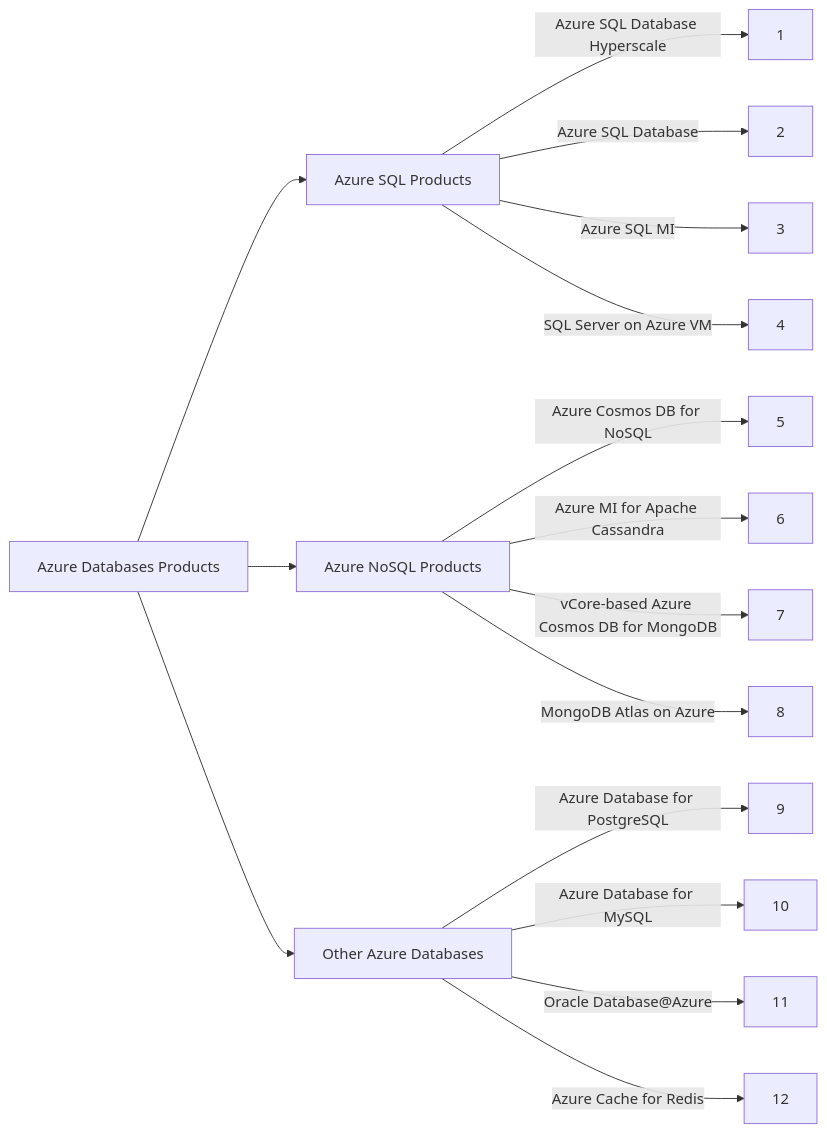
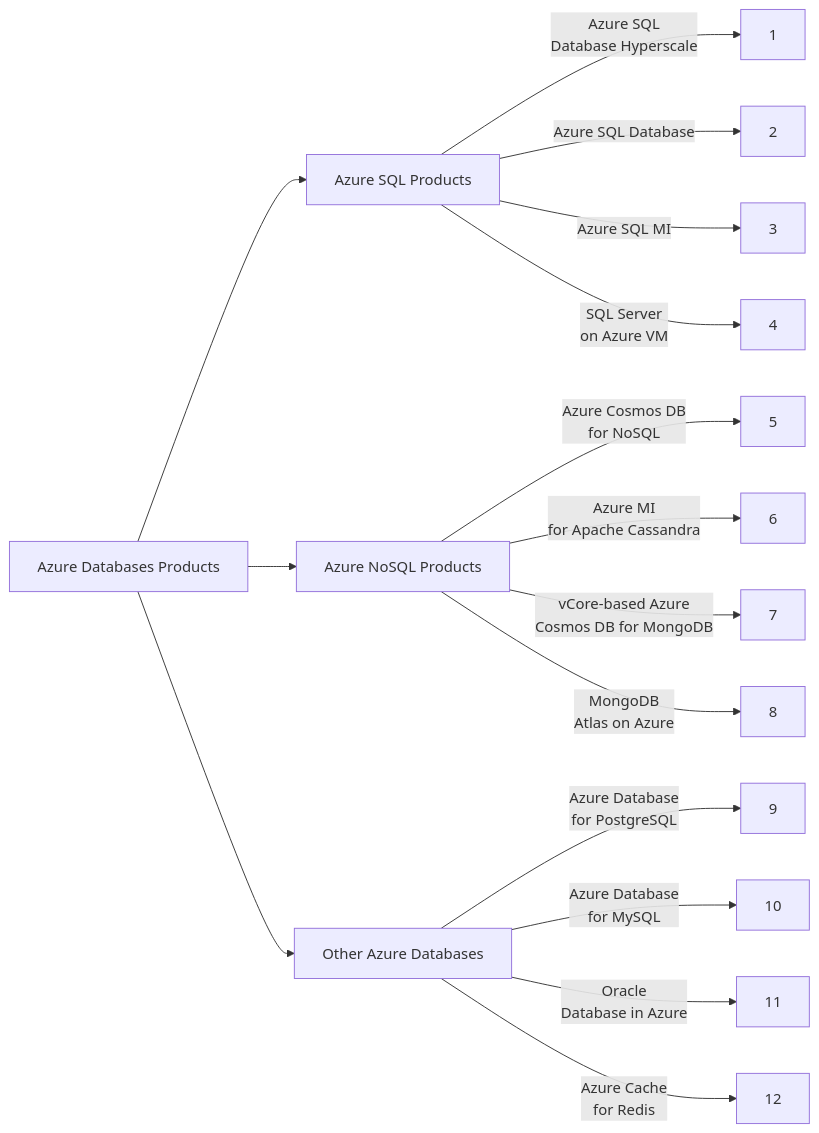
Before and after one commit to MicrosoftCloudEssentials-LearningHub/DemosScenarios-TechTalks: the diagram in 0_Azure/1_AzureData/1_Databases/README.md, drawn with Mermaid. The commit also changed other lines of this file, not shown here.

````diff
--- a/0_Azure/1_AzureData/1_Databases/README.md
+++ b/0_Azure/1_AzureData/1_Databases/README.md
@@ -30,22 +31,22 @@
 ```mermaid
 graph LR
     A[Azure Databases Products]
     B[Azure SQL Products]
     C[Azure NoSQL Products]
     D[Other Azure Databases]
     A --> B
     A --> C
     A --> D
-    B -->|Azure SQL Database Hyperscale​| 1
+    B -->|Azure SQL <br>Database Hyperscale​| 1
     B -->|Azure SQL Database| 2
     B -->|Azure SQL MI| 3
-    B -->|SQL Server on Azure VM| 4
-    C -->|Azure Cosmos DB for NoSQL| 5
-    C -->|Azure MI for Apache Cassandra​| 6
-    C -->|vCore-based Azure Cosmos DB for MongoDB| 7
-    C -->|MongoDB Atlas on Azure| 8
-    D -->|Azure Database for PostgreSQL| 9
-    D -->|Azure Database for MySQL​| 10
-    D -->|Oracle Database@Azure| 11
-    D -->|Azure Cache for Redis| 12
+    B -->|SQL Server <br>on Azure VM| 4
+    C -->|Azure Cosmos DB <br>for NoSQL| 5
+    C -->|Azure MI <br>for Apache Cassandra​| 6
+    C -->|vCore-based Azure <br>Cosmos DB for MongoDB| 7
+    C -->|MongoDB <br>Atlas on Azure| 8
+    D -->|Azure Database <br>for PostgreSQL| 9
+    D -->|Azure Database <br>for MySQL​| 10
+    D -->|Oracle <br>Database  in Azure| 11
+    D -->|Azure Cache <br>for Redis| 12
 ```
````
